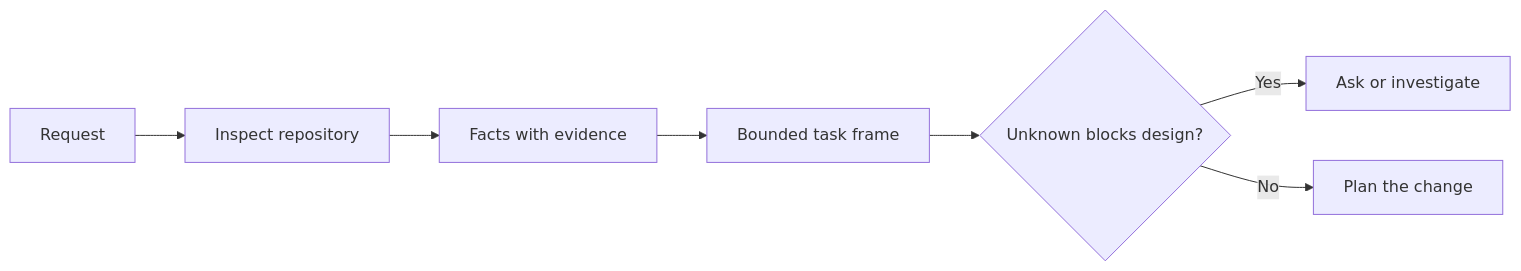
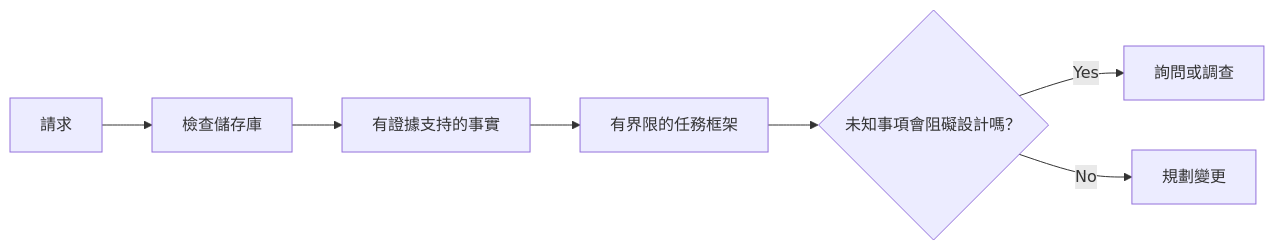
One commit to edward821220/ai-engineering-from-scratch changed the diagram in i18n/zh-TW/phases/14-agent-engineering/43-frame-the-task-before-code/docs/zh-TW.md. Above: the diagram before and after it, drawn with Mermaid. The commit also changed other lines of this file and 3 other files, not shown here.

````diff
--- a/i18n/zh-TW/phases/14-agent-engineering/43-frame-the-task-before-code/docs/zh-TW.md
+++ b/i18n/zh-TW/phases/14-agent-engineering/43-frame-the-task-before-code/docs/zh-TW.md
@@ -40,9 +40,9 @@
 ```mermaid
 flowchart LR
-  R[Request] --> I[Inspect repository]
-  I --> F[Facts with evidence]
-  F --> B[Bounded task frame]
-  B --> D{Unknown blocks design?}
-  D -->|Yes| Q[Ask or investigate]
-  D -->|No| P[Plan the change]
+  R[請求] --> I[檢查儲存庫]
+  I --> F[有證據支持的事實]
+  F --> B[有界限的任務框架]
+  B --> D{未知事項會阻礙設計嗎？}
+  D -->|Yes| Q[詢問或調查]
+  D -->|No| P[規劃變更]
 ```
````
